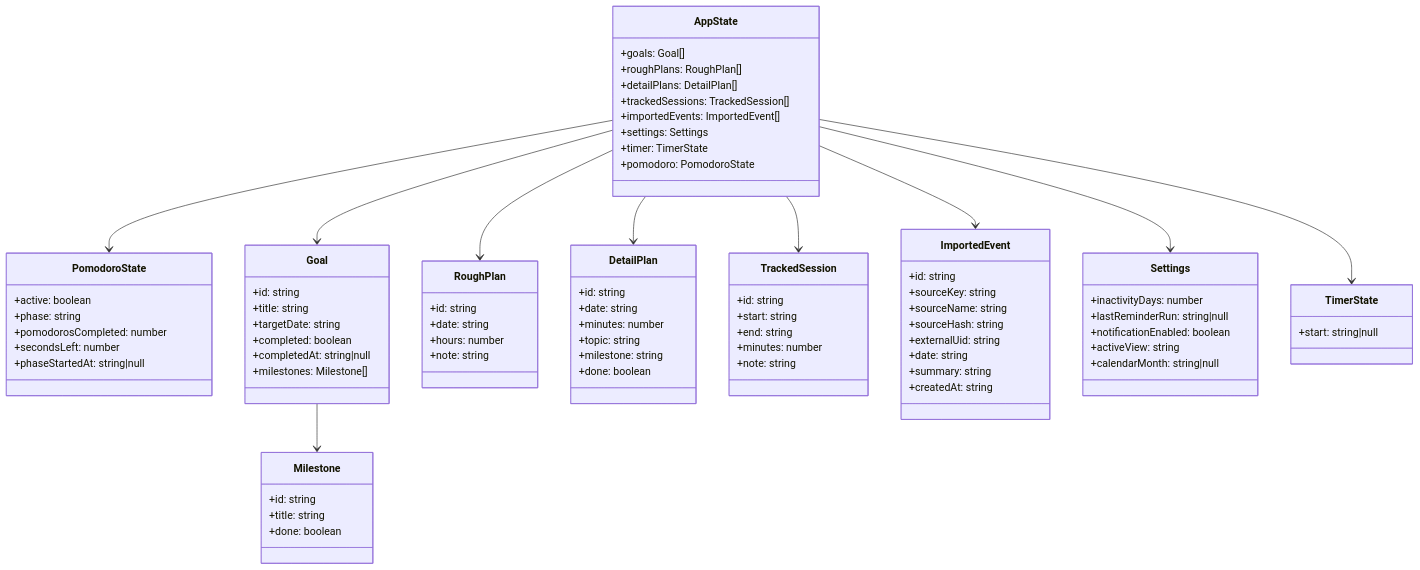
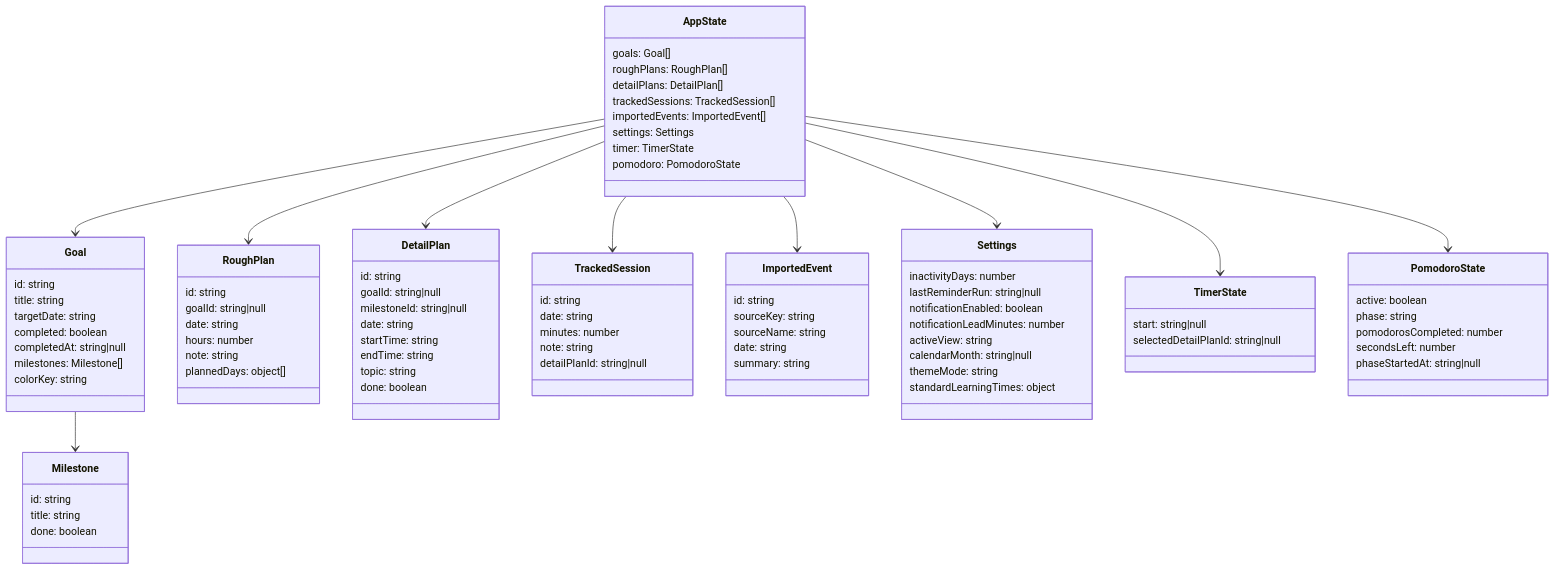
Before and after one commit to ChristinaSporer/FocusFlow: the third of 4 diagrams in README.md, drawn with Mermaid. The commit also changed other lines of this file, not shown here.

````diff
--- a/README.md
+++ b/README.md
@@ -344,83 +180,90 @@
 ```mermaid
-  classDiagram
+classDiagram
   class AppState {
-    +goals: Goal[]
-    +roughPlans: RoughPlan[]
-    +detailPlans: DetailPlan[]
-    +trackedSessions: TrackedSession[]
-    +importedEvents: ImportedEvent[]
-    +settings: Settings
-    +timer: TimerState
-    +pomodoro: PomodoroState
-  }
-  class PomodoroState {
-    +active: boolean
-    +phase: string
-    +pomodorosCompleted: number
-    +secondsLeft: number
-    +phaseStartedAt: string|null
+    goals: Goal[]
+    roughPlans: RoughPlan[]
+    detailPlans: DetailPlan[]
+    trackedSessions: TrackedSession[]
+    importedEvents: ImportedEvent[]
+    settings: Settings
+    timer: TimerState
+    pomodoro: PomodoroState
   }
 
   class Goal {
-    +id: string
-    +title: string
-    +targetDate: string
-    +completed: boolean
-    +completedAt: string|null
-    +milestones: Milestone[]
+    id: string
+    title: string
+    targetDate: string
+    completed: boolean
+    completedAt: string|null
+    milestones: Milestone[]
+    colorKey: string
   }
 
   class Milestone {
-    +id: string
-    +title: string
-    +done: boolean
+    id: string
+    title: string
+    done: boolean
   }
 
   class RoughPlan {
-    +id: string
-    +date: string
-    +hours: number
-    +note: string
+    id: string
+    goalId: string|null
+    date: string
+    hours: number
+    note: string
+    plannedDays: object[]
   }
 
   class DetailPlan {
-    +id: string
-    +date: string
-    +minutes: number
-    +topic: string
-    +milestone: string
-    +done: boolean
+    id: string
+    goalId: string|null
+    milestoneId: string|null
+    date: string
+    startTime: string
+    endTime: string
+    topic: string
+    done: boolean
   }
 
   class TrackedSession {
-    +id: string
-    +start: string
-    +end: string
-    +minutes: number
-    +note: string
+    id: string
+    date: string
+    minutes: number
+    note: string
+    detailPlanId: string|null
   }
 
   class ImportedEvent {
-    +id: string
-    +sourceKey: string
-    +sourceName: string
-    +sourceHash: string
-    +externalUid: string
-    +date: string
-    +summary: string
-    +createdAt: string
+    id: string
+    sourceKey: string
+    sourceName: string
+    date: string
+    summary: string
   }
 
   class Settings {
-    +inactivityDays: number
-    +lastReminderRun: string|null
-    +notificationEnabled: boolean
-    +activeView: string
-    +calendarMonth: string|null
+    inactivityDays: number
+    lastReminderRun: string|null
+    notificationEnabled: boolean
+    notificationLeadMinutes: number
+    activeView: string
+    calendarMonth: string|null
+    themeMode: string
+    standardLearningTimes: object
   }
 
   class TimerState {
-    +start: string|null
+    start: string|null
+    selectedDetailPlanId: string|null
+  }
+
+  class PomodoroState {
+    active: boolean
+    phase: string
+    pomodorosCompleted: number
+    secondsLeft: number
+    phaseStartedAt: string|null
   }
 
   AppState --> Goal
````
